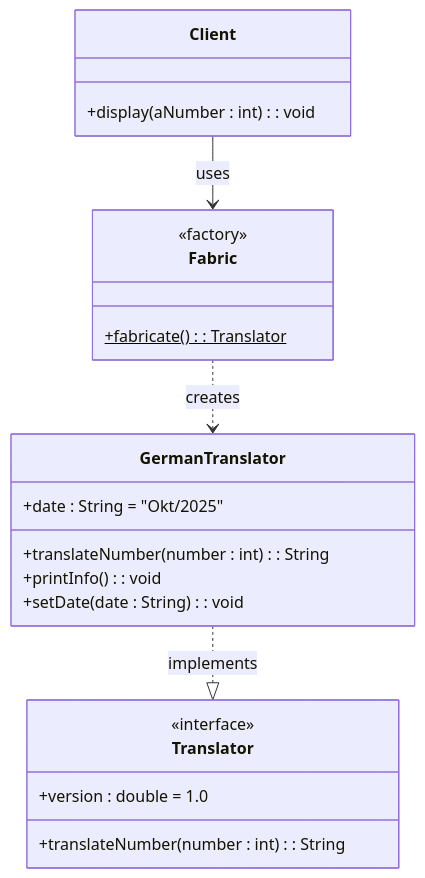
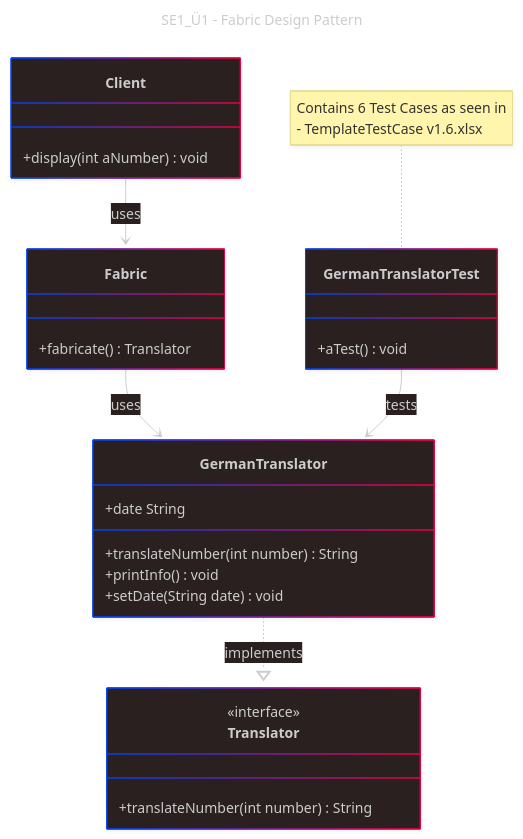
One commit to MFx7/Software_Engineering_1 changed the diagram in src/org/hbrs/se1/ws25/exercises/uebung1/README.md. Above: the diagram before and after it, drawn with Mermaid. The commit also changed other lines of this file, not shown here.

Commit message:
README change with class diagramm
Added UML diagram and updated functionality section in README.

````diff
--- a/src/org/hbrs/se1/ws25/exercises/uebung1/README.md
+++ b/src/org/hbrs/se1/ws25/exercises/uebung1/README.md
@@ -11,28 +5,39 @@
 ```mermaid
+---
+config:
+  theme: neo-dark
+  look: neo
+  layout: dagre
+title: SE1_Ü1 - Fabric Design Pattern
+---
 classDiagram
+direction TB
+    class Fabric {
+	    +fabricate() Translator
+    }
+    class GermanTranslatorTest {
+	    +aTest() void
+    }
+    class Client {
+	    +display(int aNumber) void
+    }
+    class GermanTranslator {
+	    +date String
+	    +translateNumber(int number) String
+	    +printInfo() void
+	    +setDate(String date) void
+    }
     class Translator {
-        <<interface>>
-        +version : double = 1.0
-        +translateNumber(number : int) : String
+	    +translateNumber(int number) String
     }
-    
-    class GermanTranslator {
-        +date : String = "Okt/2025"
-        +translateNumber(number : int) : String
-        +printInfo() : void
-        +setDate(date : String) : void
-    }
-    
-    class Fabric {
-        <<factory>>
-        +fabricate()$ : Translator
-    }
-    
-    class Client {
-        +display(aNumber : int) : void
-    }
-    
+
+	<<interface>> Translator
+
+	note for GermanTranslatorTest "Contains 6 Test Cases as seen in 
+    - TemplateTestCase v1.6.xlsx"
+
     GermanTranslator ..|> Translator : implements
-    Fabric ..> GermanTranslator : creates
+    Fabric --> GermanTranslator : uses
     Client --> Fabric : uses
+    GermanTranslatorTest --> GermanTranslator : tests
 ```
````
